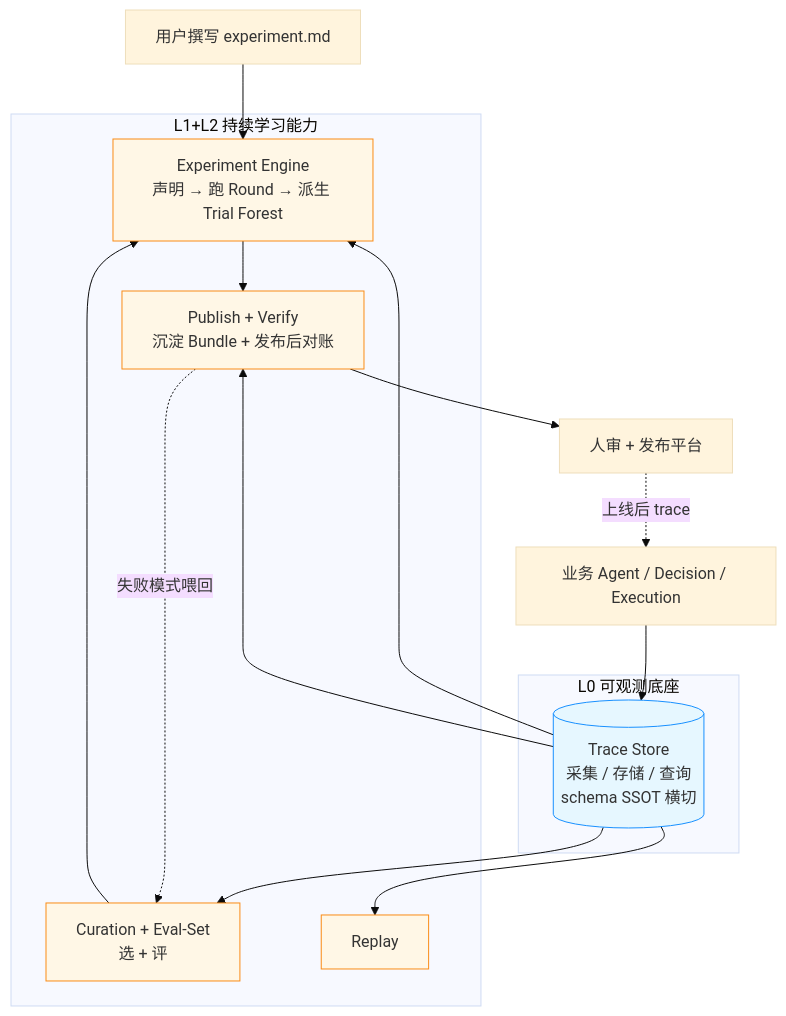
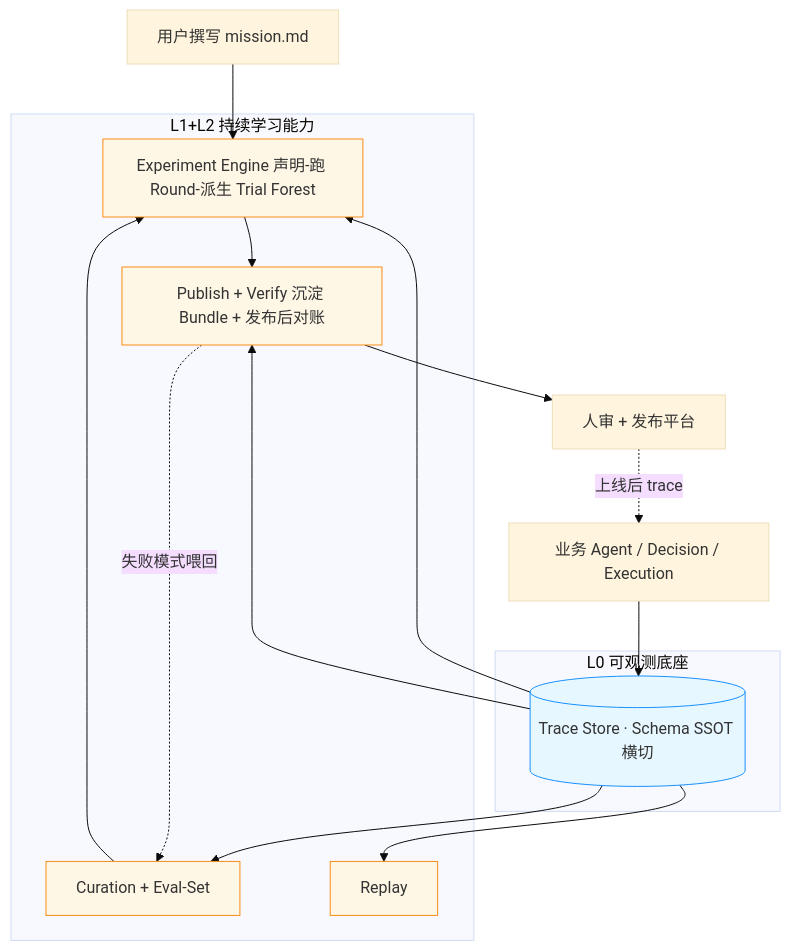
One commit to xforce-io/plan-traceai changed the first of 3 diagrams in vision/trace-ai-continuous-learning-design.md. Above: the diagram before and after it, drawn with Mermaid (base theme). The commit also changed other lines of this file, not shown here.

First line of the commit message:
docs(vision): §6.1 图二运行时分层（4 层 + 资产闭环）+ 全文术语自洽 + experiment.md → mission.md

````diff
--- a/vision/trace-ai-continuous-learning-design.md
+++ b/vision/trace-ai-continuous-learning-design.md
@@ -490,34 +494,34 @@
 ```mermaid
 graph TB
-    USER[用户撰写 experiment.md]
-    AGENT[业务 Agent / Decision / Execution]
-    HUMAN[人审 + 发布平台]
+    USER[用户撰写 mission.md]
+    AGENT["业务 Agent / Decision / Execution"]
+    HUMAN["人审 + 发布平台"]
 
-    subgraph L1L2[L1+L2 持续学习能力]
-        EXP[Experiment Engine<br/>声明 → 跑 Round → 派生 Trial Forest]
-        SEL[Curation + Eval-Set<br/>选 + 评]
-        ASSET[Publish + Verify<br/>沉淀 Bundle + 发布后对账]
+    subgraph L1L2["L1+L2 持续学习能力"]
+        EXP["Experiment Engine 声明-跑 Round-派生 Trial Forest"]
+        SEL["Curation + Eval-Set"]
+        ASSET["Publish + Verify 沉淀 Bundle + 发布后对账"]
         REP[Replay]
     end
 
     subgraph L0[L0 可观测底座]
-        TRACE[(Trace Store<br/>采集 / 存储 / 查询<br/>schema SSOT 横切)]
+        TRACE[("Trace Store · Schema SSOT 横切")]
     end
 
     USER --> EXP
     AGENT --> TRACE
     TRACE --> SEL
     TRACE --> EXP
     TRACE --> REP
     TRACE --> ASSET
     SEL --> EXP
     EXP --> ASSET
     ASSET --> HUMAN
     HUMAN -. 上线后 trace .-> AGENT
     ASSET -. 失败模式喂回 .-> SEL
 
     classDef l0 fill:#e6f7ff,stroke:#1890ff
     classDef l12 fill:#fff7e6,stroke:#fa8c16
     class TRACE l0
     class EXP,SEL,ASSET,REP l12
 ```
````
